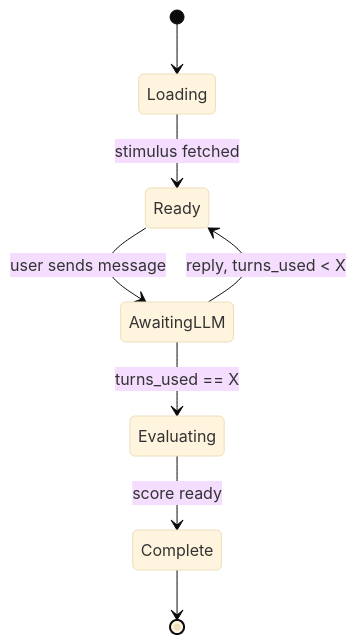
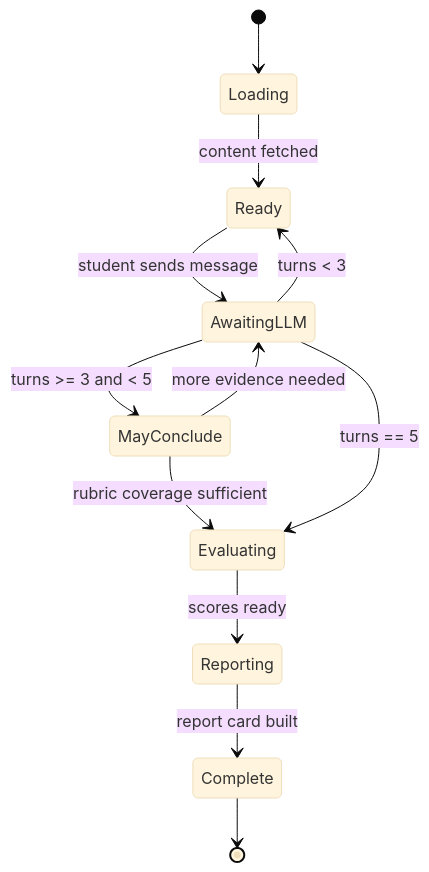
Before and after one commit to christopappas/hackathon_aug_2026_critcal_thinking: the fourth of 6 diagrams in ARCHITECTURE.md, drawn with Mermaid (base theme). The commit also changed other lines of this file, not shown here.

First line of the commit message:
Expand architecture to cover full MVP requirements

````diff
--- a/ARCHITECTURE.md
+++ b/ARCHITECTURE.md
@@ -96,10 +131,14 @@
 ```mermaid
 stateDiagram-v2
     [*] --> Loading
-    Loading --> Ready: stimulus fetched
-    Ready --> AwaitingLLM: user sends message
-    AwaitingLLM --> Ready: reply, turns_used < X
-    AwaitingLLM --> Evaluating: turns_used == X
-    Evaluating --> Complete: score ready
+    Loading --> Ready: content fetched
+    Ready --> AwaitingLLM: student sends message
+    AwaitingLLM --> Ready: turns < 3
+    AwaitingLLM --> MayConclude: turns >= 3 and < 5
+    MayConclude --> AwaitingLLM: more evidence needed
+    MayConclude --> Evaluating: rubric coverage sufficient
+    AwaitingLLM --> Evaluating: turns == 5
+    Evaluating --> Reporting: scores ready
+    Reporting --> Complete: report card built
     Complete --> [*]
 ```
````
